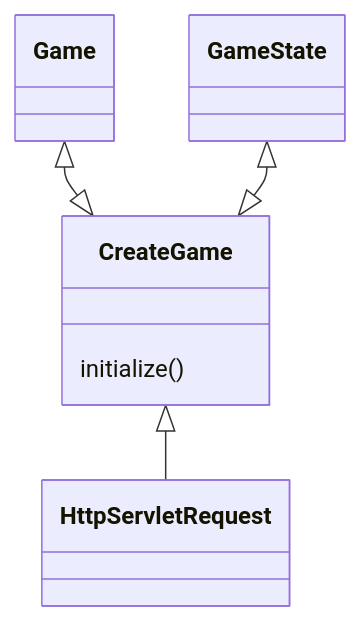
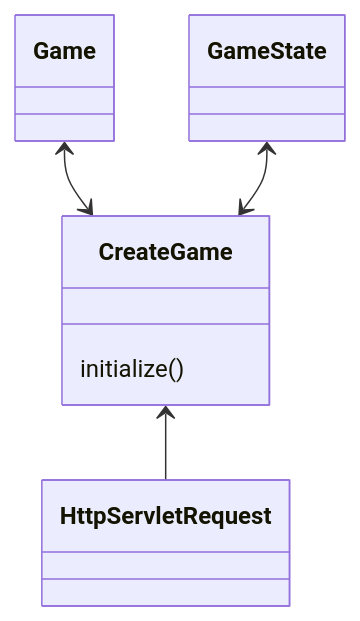
One commit to stijnlinderman/eldorado changed the fifth of 8 diagrams in ARCHITECTURE.md. Above: the diagram before and after it, drawn with Mermaid.

````diff
--- a/ARCHITECTURE.md
+++ b/ARCHITECTURE.md
@@ -65,7 +65,7 @@
 ```mermaid
 classDiagram
-	CreateGame <|-- HttpServletRequest
-	Game <|--|> CreateGame
-	GameState <|--|> CreateGame
+	CreateGame <-- HttpServletRequest
+	Game <--> CreateGame
+	GameState <--> CreateGame
 	CreateGame : initialize()
 ```
````
